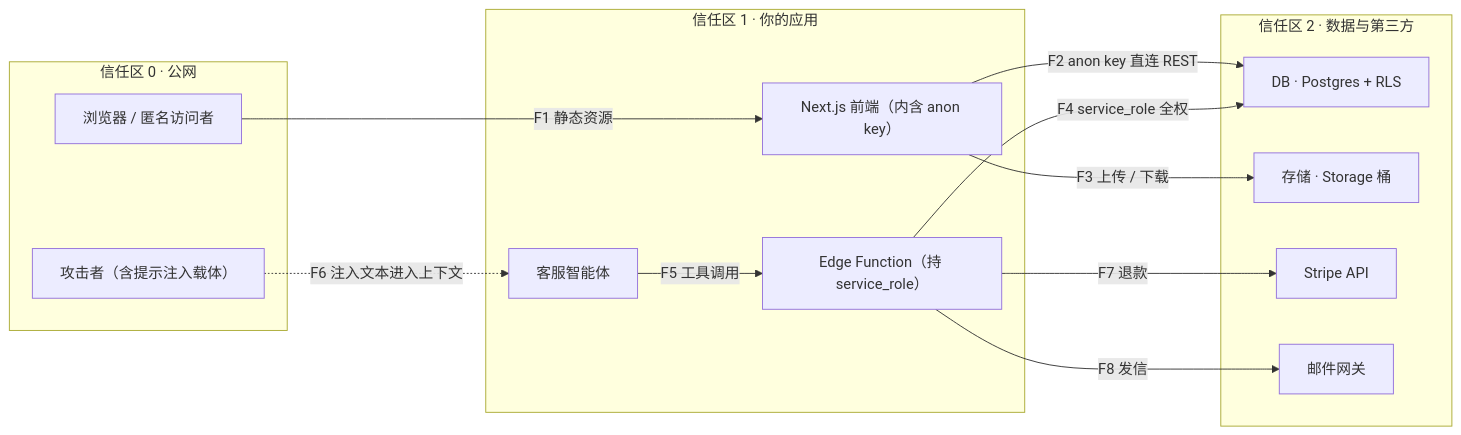
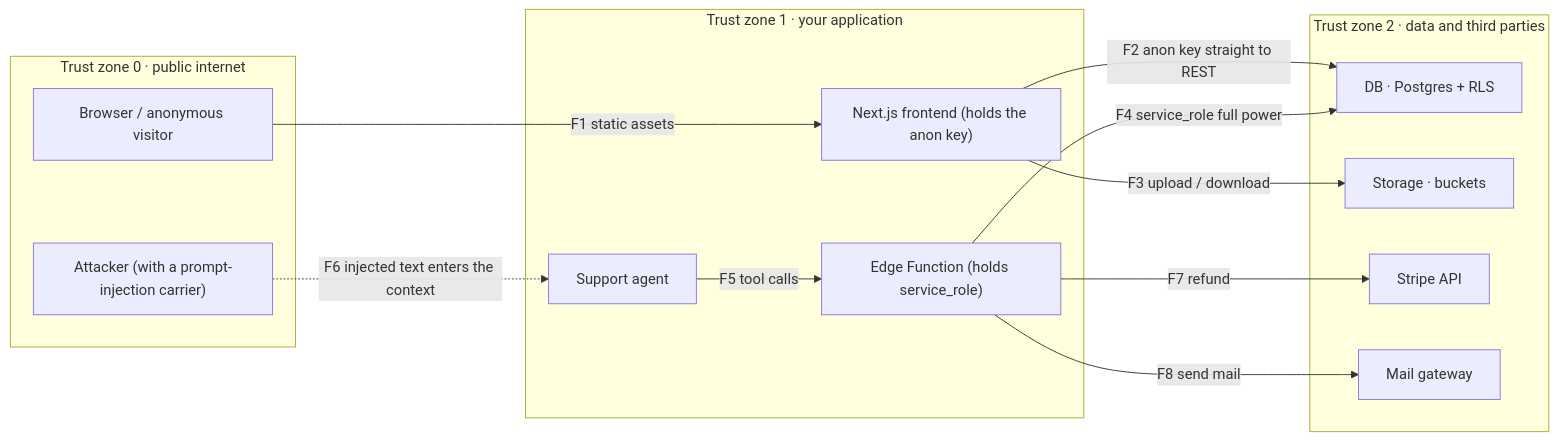
Before and after one commit to xzlxiao/vibe-coding-textbook: the first of 2 diagrams in phase4/chapters/ch03-attack-surface.md, drawn with Mermaid. The commit also changed other lines of this file and 10 other files, not shown here.

````diff
--- a/phase4/chapters/ch03-attack-surface.md
+++ b/phase4/chapters/ch03-attack-surface.md
@@ -131,26 +131,26 @@
 ```mermaid
 flowchart LR
-    subgraph Z0["信任区 0 · 公网"]
-        U["浏览器 / 匿名访问者"]
-        ATK["攻击者（含提示注入载体）"]
+    subgraph Z0["Trust zone 0 · public internet"]
+        U["Browser / anonymous visitor"]
+        ATK["Attacker (with a prompt-injection carrier)"]
     end
-    subgraph Z1["信任区 1 · 你的应用"]
-        WEB["Next.js 前端（内含 anon key）"]
-        API["Edge Function（持 service_role）"]
-        AG["客服智能体"]
+    subgraph Z1["Trust zone 1 · your application"]
+        WEB["Next.js frontend (holds the anon key)"]
+        API["Edge Function (holds service_role)"]
+        AG["Support agent"]
     end
-    subgraph Z2["信任区 2 · 数据与第三方"]
+    subgraph Z2["Trust zone 2 · data and third parties"]
         DB["DB · Postgres + RLS"]
-        ST["存储 · Storage 桶"]
+        ST["Storage · buckets"]
         STRIPE["Stripe API"]
-        MAIL["邮件网关"]
+        MAIL["Mail gateway"]
     end
-    U -->|"F1 静态资源"| WEB
-    WEB -->|"F2 anon key 直连 REST"| DB
-    WEB -->|"F3 上传 / 下载"| ST
-    API -->|"F4 service_role 全权"| DB
-    AG -->|"F5 工具调用"| API
-    ATK -.->|"F6 注入文本进入上下文"| AG
-    API -->|"F7 退款"| STRIPE
-    API -->|"F8 发信"| MAIL
+    U -->|"F1 static assets"| WEB
+    WEB -->|"F2 anon key straight to REST"| DB
+    WEB -->|"F3 upload / download"| ST
+    API -->|"F4 service_role full power"| DB
+    AG -->|"F5 tool calls"| API
+    ATK -.->|"F6 injected text enters the context"| AG
+    API -->|"F7 refund"| STRIPE
+    API -->|"F8 send mail"| MAIL
 ```
````
